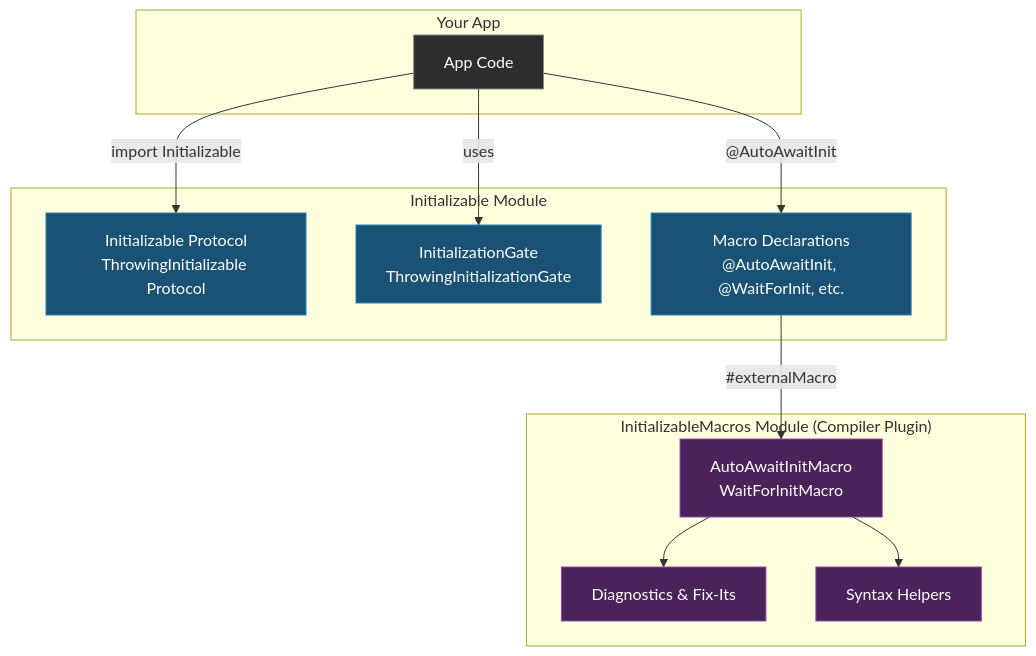
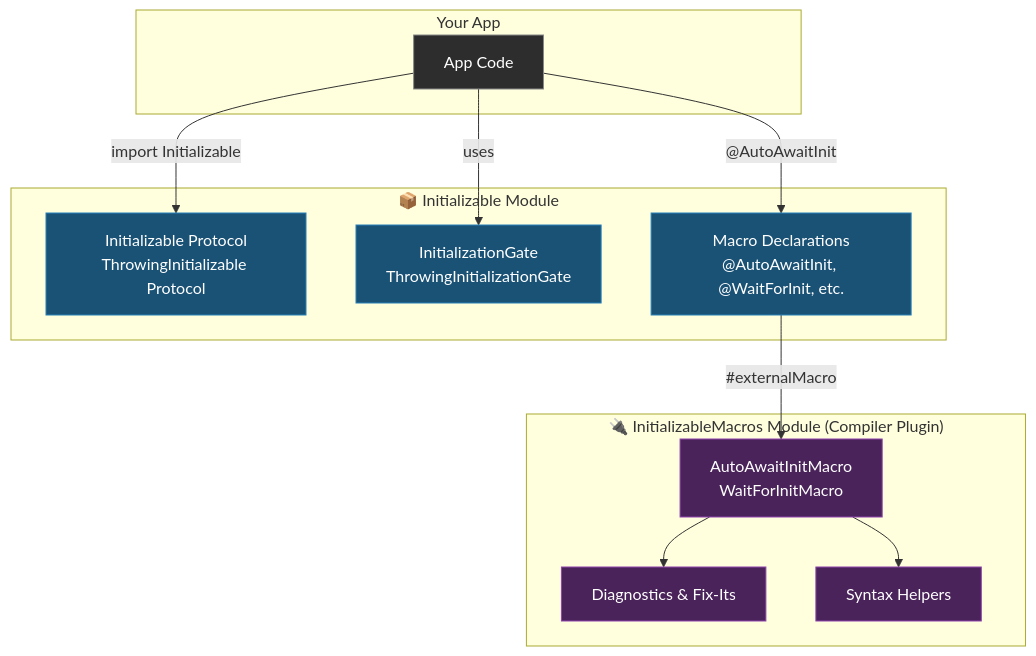
The fifth of 5 diagrams in README.md (k-arindam/Initializable), drawn with Mermaid before and after one commit. The commit also changed other lines of this file, not shown here.

````diff
--- a/README.md
+++ b/README.md
@@ -329,33 +325,33 @@
 ```mermaid
 graph TB
     subgraph "Your App"
         App["App Code"]
     end
 
-    subgraph "Initializable Module"
+    subgraph "📦 Initializable Module"
         Proto["Initializable Protocol<br/>ThrowingInitializable Protocol"]
         Gate["InitializationGate<br/>ThrowingInitializationGate"]
         Macros["Macro Declarations<br/>@AutoAwaitInit, @WaitForInit, etc."]
     end
 
-    subgraph "InitializableMacros Module (Compiler Plugin)"
+    subgraph "🔌 InitializableMacros Module (Compiler Plugin)"
         MacroImpl["AutoAwaitInitMacro<br/>WaitForInitMacro"]
         Diag["Diagnostics & Fix-Its"]
         Helpers["Syntax Helpers"]
     end
 
     App -->|"import Initializable"| Proto
     App -->|"uses"| Gate
     App -->|"@AutoAwaitInit"| Macros
     Macros -->|"#externalMacro"| MacroImpl
     MacroImpl --> Diag
     MacroImpl --> Helpers
 
     style App fill:#2d2d2d,stroke:#888,color:#fff
     style Proto fill:#1a5276,stroke:#2980b9,color:#fff
     style Gate fill:#1a5276,stroke:#2980b9,color:#fff
     style Macros fill:#1a5276,stroke:#2980b9,color:#fff
     style MacroImpl fill:#4a235a,stroke:#8e44ad,color:#fff
     style Diag fill:#4a235a,stroke:#8e44ad,color:#fff
     style Helpers fill:#4a235a,stroke:#8e44ad,color:#fff
 ```
````
